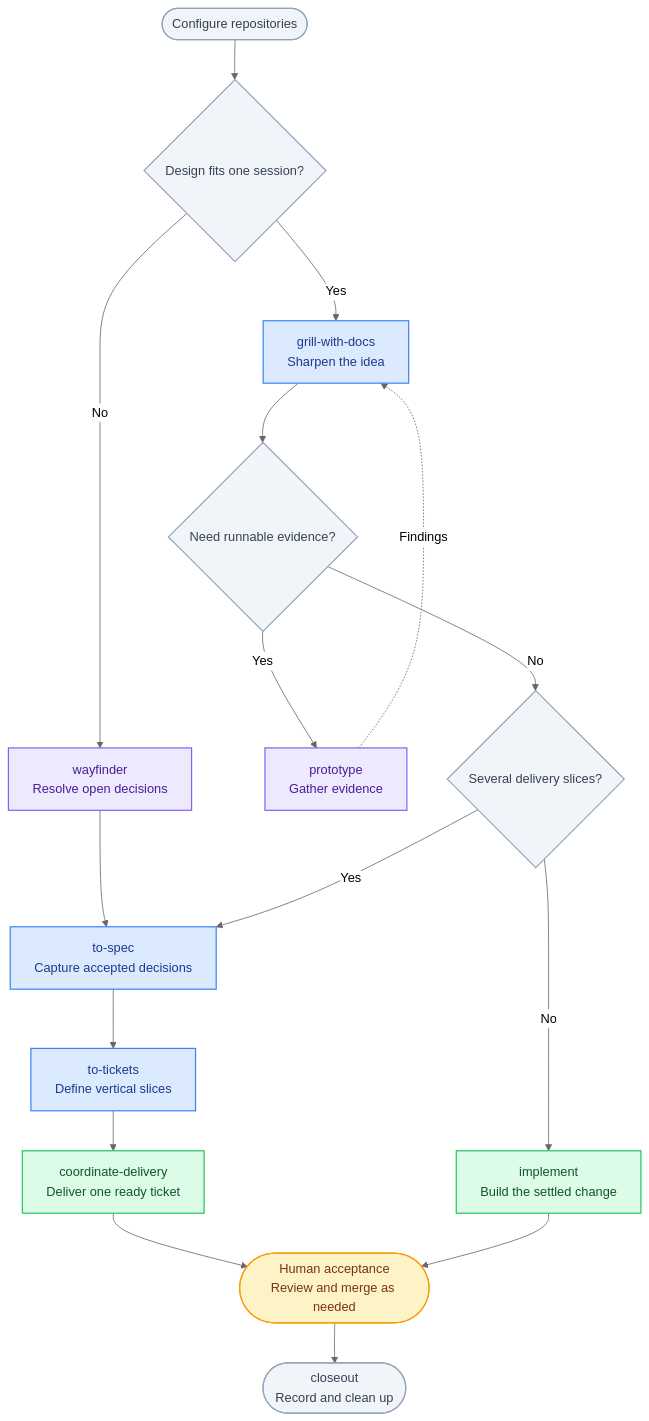
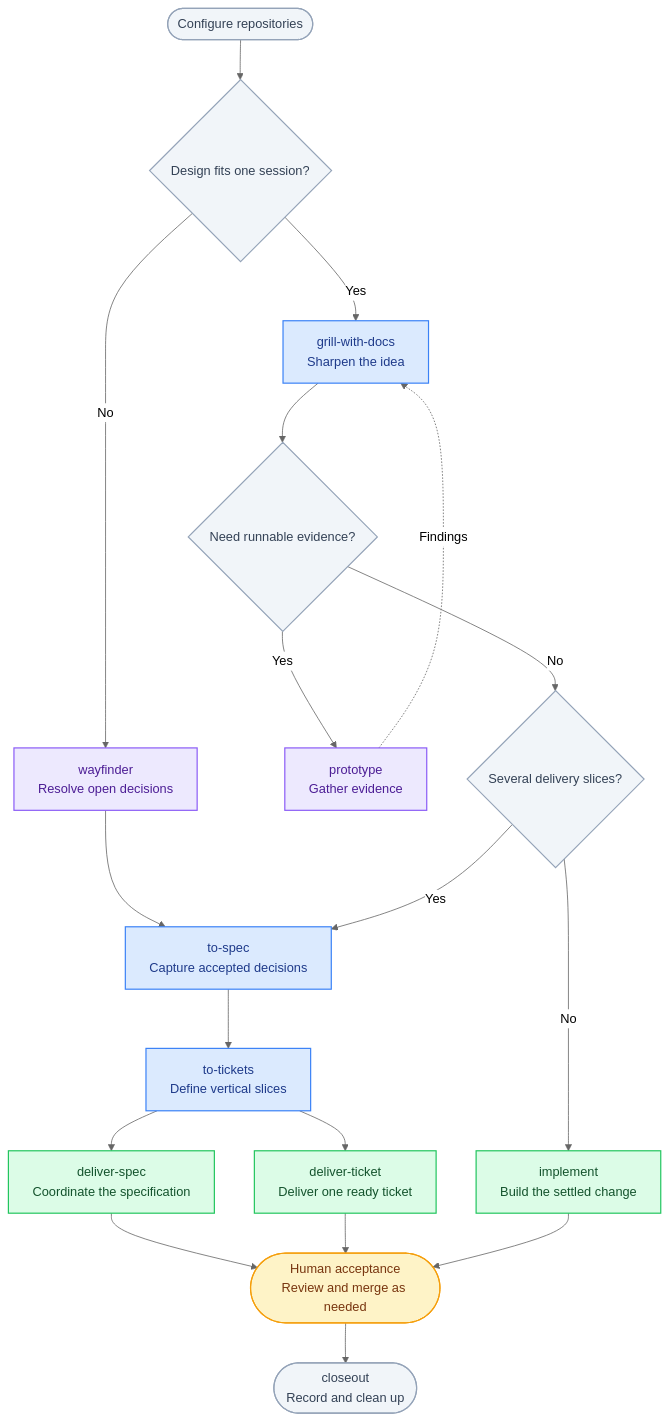
One commit to siarhei-belavus/agent-smitt changed the diagram in README.md. Above: the diagram before and after it, drawn with Mermaid (neutral theme). The commit also changed other lines of this file and 47 other files, not shown here.

Commit message:
feat: coordinate specification delivery with deliver-spec

````diff
--- a/README.md
+++ b/README.md
@@ -57,30 +58,32 @@
 ```mermaid
 flowchart TD
     Setup([Configure repositories]) --> Effort{Design fits one session?}
     Effort -->|Yes| Idea["grill-with-docs<br/>Sharpen the idea"]
     Effort -->|No| Wayfinder["wayfinder<br/>Resolve open decisions"]
     Wayfinder --> Spec["to-spec<br/>Capture accepted decisions"]
     Idea --> Evidence{Need runnable evidence?}
     Evidence -->|Yes| Prototype["prototype<br/>Gather evidence"]
     Prototype -.->|Findings| Idea
     Evidence -->|No| Scope{Several delivery slices?}
     Scope -->|No| Implement["implement<br/>Build the settled change"]
     Scope -->|Yes| Spec
     Spec --> Tickets["to-tickets<br/>Define vertical slices"]
-    Tickets --> Delivery["coordinate-delivery<br/>Deliver one ready ticket"]
+    Tickets --> Whole["deliver-spec<br/>Coordinate the specification"]
+    Tickets --> Delivery["deliver-ticket<br/>Deliver one ready ticket"]
+    Whole --> Human
     Delivery --> Human([Human acceptance<br/>Review and merge as needed])
     Implement --> Human
     Human --> Close([closeout<br/>Record and clean up])
 
     classDef planning fill:#dbeafe,stroke:#3b82f6,color:#1e3a8a,stroke-width:1.5px
     classDef discovery fill:#ede9fe,stroke:#8b5cf6,color:#4c1d95,stroke-width:1.5px
     classDef execution fill:#dcfce7,stroke:#22c55e,color:#14532d,stroke-width:1.5px
     classDef human fill:#fef3c7,stroke:#f59e0b,color:#78350f,stroke-width:1.5px
     classDef neutral fill:#f1f5f9,stroke:#94a3b8,color:#334155,stroke-width:1.5px
 
     class Idea,Spec,Tickets planning
     class Wayfinder,Prototype discovery
-    class Implement,Delivery execution
+    class Implement,Delivery,Whole execution
     class Human human
     class Setup,Effort,Evidence,Scope,Close neutral
 ```
````
